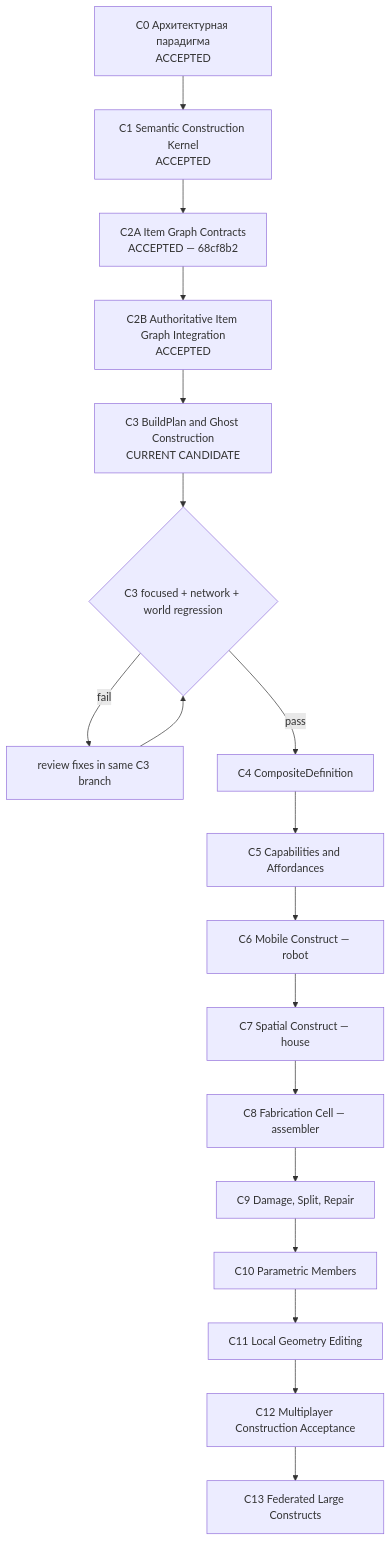
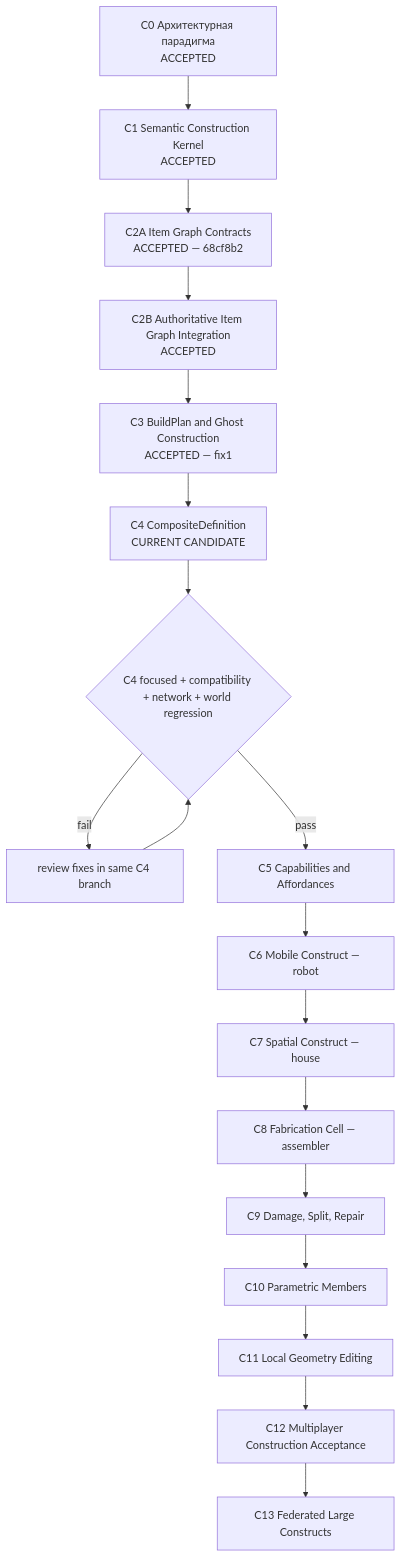
Before and after one commit to rootfabric/distributed-world-simulator: the diagram in docs/plans/CONSTRUCTION_MAP_RU.md, drawn with Mermaid. The commit also changed other lines of this file and 42 other files, not shown here.

Commit message:
feat(construction): add reusable CompositeDefinition

````diff
--- a/docs/plans/CONSTRUCTION_MAP_RU.md
+++ b/docs/plans/CONSTRUCTION_MAP_RU.md
@@ -21,20 +22,20 @@
 ```mermaid
 flowchart TD
     C0["C0 Архитектурная парадигма\nACCEPTED"] --> C1["C1 Semantic Construction Kernel\nACCEPTED"]
     C1 --> C2A["C2A Item Graph Contracts\nACCEPTED — 68cf8b2"]
     C2A --> C2B["C2B Authoritative Item Graph Integration\nACCEPTED"]
-    C2B --> C3["C3 BuildPlan and Ghost Construction\nCURRENT CANDIDATE"]
-    C3 --> G3{"C3 focused + network + world regression"}
-    G3 -- fail --> F3["review fixes in same C3 branch"]
-    F3 --> G3
-    G3 -- pass --> C4["C4 CompositeDefinition"]
-    C4 --> C5["C5 Capabilities and Affordances"]
+    C2B --> C3["C3 BuildPlan and Ghost Construction\nACCEPTED — fix1"]
+    C3 --> C4["C4 CompositeDefinition\nCURRENT CANDIDATE"]
+    C4 --> G4{"C4 focused + compatibility + network + world regression"}
+    G4 -- fail --> F4["review fixes in same C4 branch"]
+    F4 --> G4
+    G4 -- pass --> C5["C5 Capabilities and Affordances"]
     C5 --> C6["C6 Mobile Construct — robot"]
     C6 --> C7["C7 Spatial Construct — house"]
     C7 --> C8["C8 Fabrication Cell — assembler"]
     C8 --> C9["C9 Damage, Split, Repair"]
     C9 --> C10["C10 Parametric Members"]
     C10 --> C11["C11 Local Geometry Editing"]
     C11 --> C12["C12 Multiplayer Construction Acceptance"]
     C12 --> C13["C13 Federated Large Constructs"]
 ```
````
